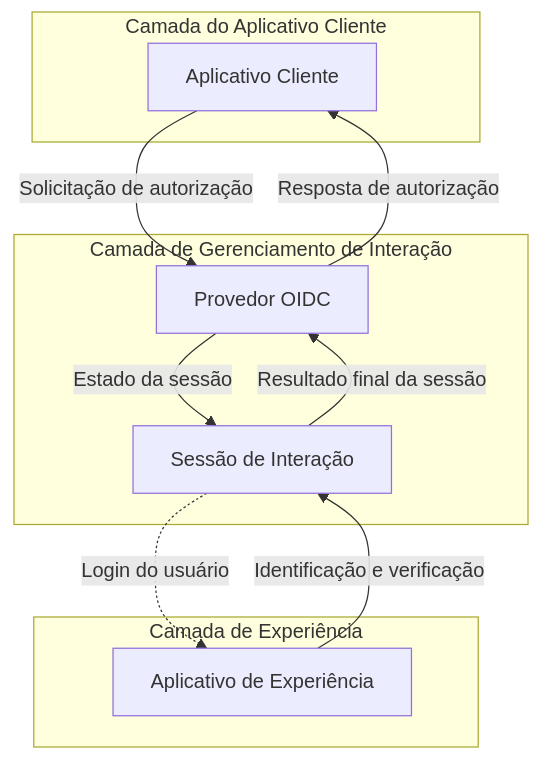
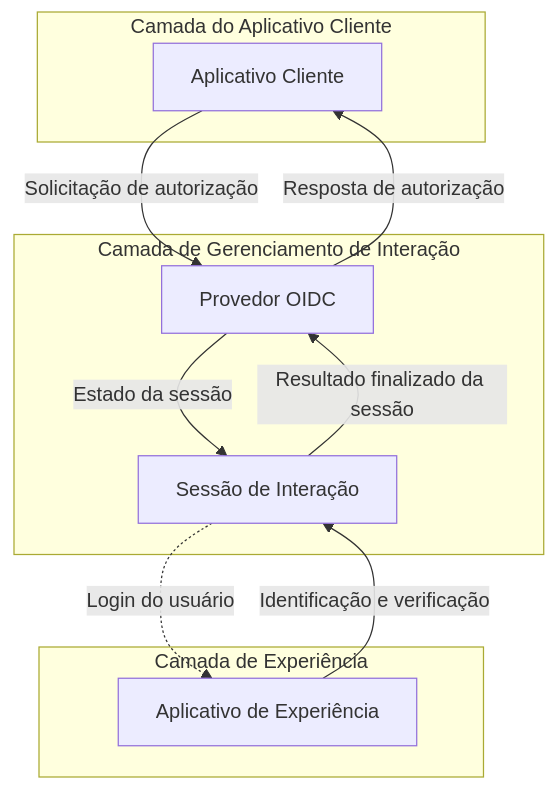
One commit to logto-io/docs changed the second of 2 diagrams in i18n/pt-BR/docusaurus-plugin-content-docs/current/end-user-flows/sign-up-and-sign-in/README.mdx. Above: the diagram before and after it, drawn with Mermaid. The commit also changed other lines of this file and 145 other files, not shown here.

````diff
--- a/i18n/pt-BR/docusaurus-plugin-content-docs/current/end-user-flows/sign-up-and-sign-in/README.mdx
+++ b/i18n/pt-BR/docusaurus-plugin-content-docs/current/end-user-flows/sign-up-and-sign-in/README.mdx
@@ -47,24 +47,24 @@
 ```mermaid
 flowchart TD
   %% Camadas
   subgraph Layer1 [Camada do Aplicativo Cliente]
       A[Aplicativo Cliente]
   end
 
   subgraph Layer2 [Camada de Gerenciamento de Interação]
       B[Provedor OIDC]
       C[Sessão de Interação]
   end
 
   subgraph Layer3 [Camada de Experiência]
       D[Aplicativo de Experiência]
   end
 
   %% Conexões
   A --> |Solicitação de autorização| B
   B --> |Estado da sessão| C
   C -.-> |Login do usuário| D
   D --> |Identificação e verificação| C
-  C --> |Resultado final da sessão| B
+  C --> |Resultado finalizado da sessão| B
   B --> |Resposta de autorização| A
 ```
````
